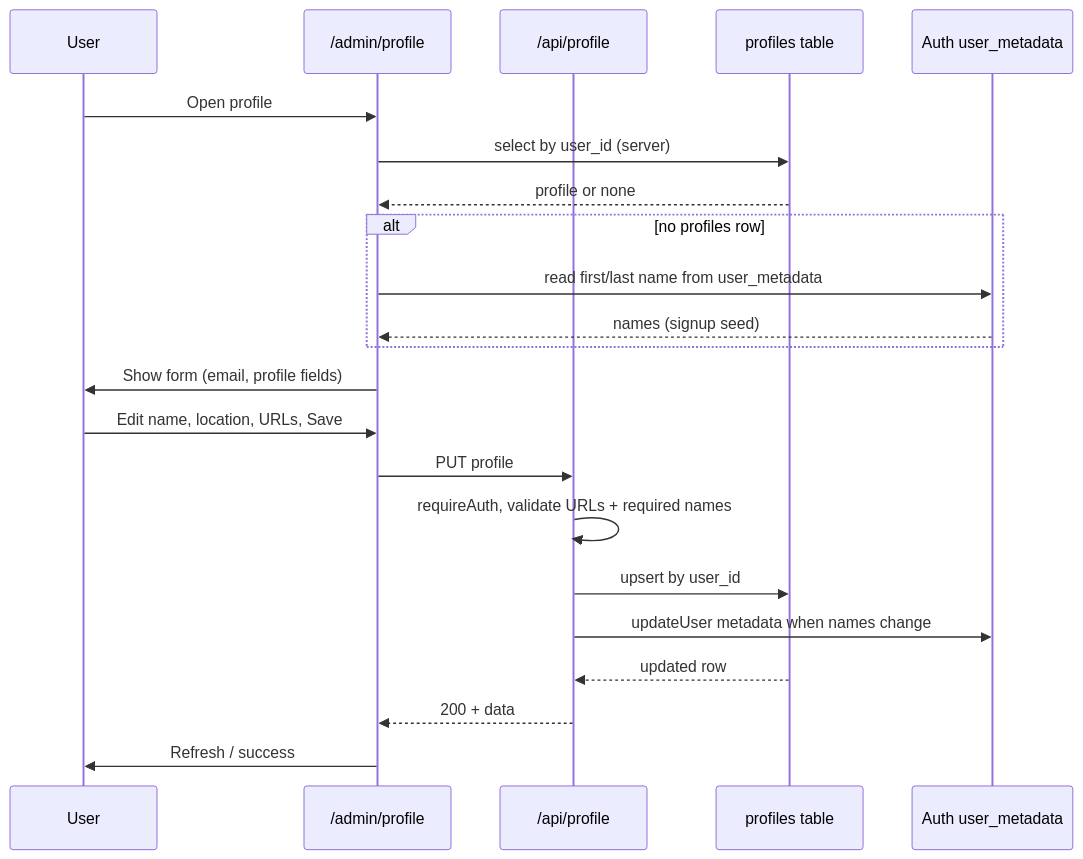
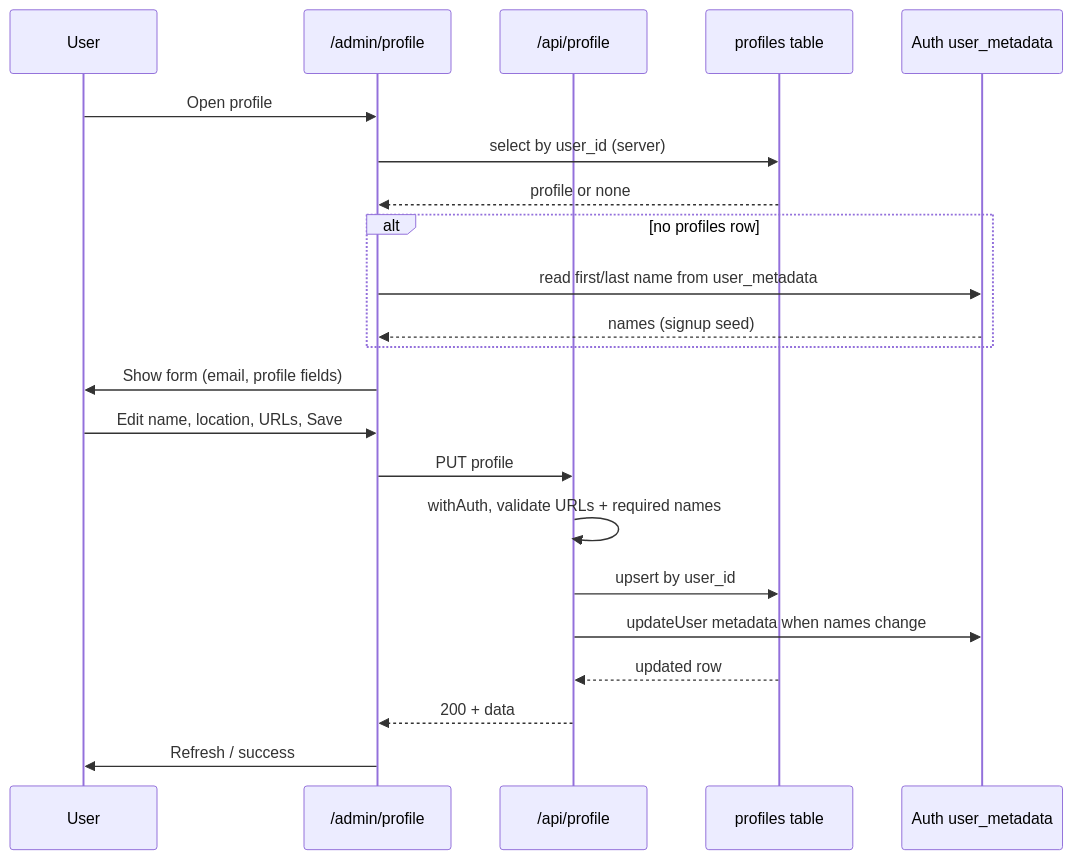
Before and after one commit to joan-gerard/my-hire-view: the third of 13 diagrams in docs/DATA_FLOW.md, drawn with Mermaid. The commit also changed other lines of this file and 26 other files, not shown here.

Commit message:
refactor: add shared withAuth helper so API routes stop mislabeling failures as 401

````diff
--- a/docs/DATA_FLOW.md
+++ b/docs/DATA_FLOW.md
@@ -123,26 +123,26 @@
 ```mermaid
 sequenceDiagram
   participant U as User
   participant Page as /admin/profile
   participant API as /api/profile
   participant DB as profiles table
   participant Auth as Auth user_metadata
 
   U->>Page: Open profile
   Page->>DB: select by user_id (server)
   DB-->>Page: profile or none
   alt no profiles row
     Page->>Auth: read first/last name from user_metadata
     Auth-->>Page: names (signup seed)
   end
   Page->>U: Show form (email, profile fields)
 
   U->>Page: Edit name, location, URLs, Save
   Page->>API: PUT profile
-  API->>API: requireAuth, validate URLs + required names
+  API->>API: withAuth, validate URLs + required names
   API->>DB: upsert by user_id
   API->>Auth: updateUser metadata when names change
   DB-->>API: updated row
   API-->>Page: 200 + data
   Page->>U: Refresh / success
 ```
````
